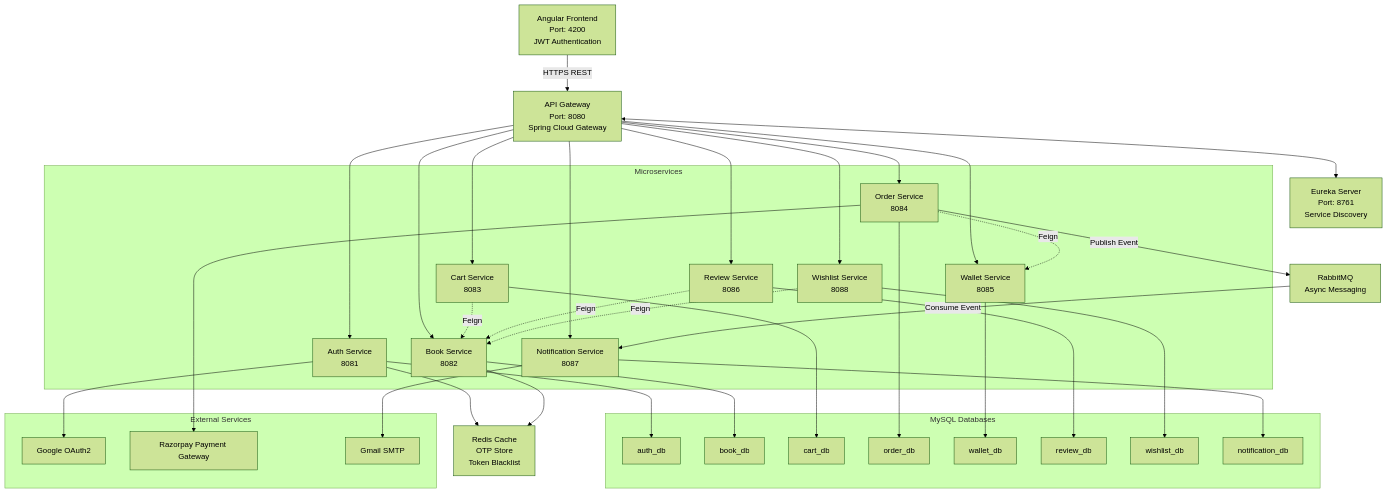
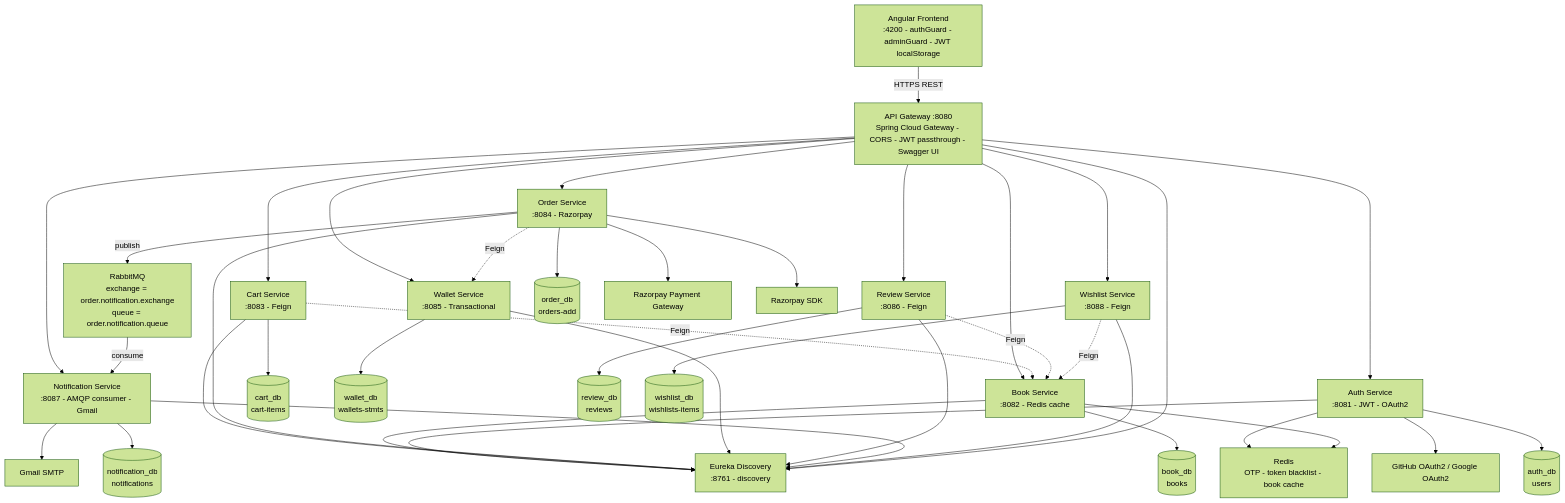
The diagram in README.md (aryannn03/2215000373), drawn with Mermaid (forest theme) before and after one commit. The commit also changed other lines of this file, not shown here.

````diff
--- a/README.md
+++ b/README.md
@@ -4,108 +20,101 @@
 flowchart TB
 
 %% ================= FRONTEND =================
-A["Angular Frontend<br/>Port: 4200<br/>JWT Authentication"]
+FE[Angular Frontend<br/>:4200 - authGuard - adminGuard - JWT localStorage]
 
-%% ================= API GATEWAY =================
-B["API Gateway<br/>Port: 8080<br/>Spring Cloud Gateway"]
+%% ================= GATEWAY =================
+GW[API Gateway :8080<br/>Spring Cloud Gateway - CORS - JWT passthrough - Swagger UI]
 
-%% ================= EUREKA =================
-C["Eureka Server<br/>Port: 8761<br/>Service Discovery"]
-
-A -->|HTTPS REST| B
-B <--> C
+%% ================= DISCOVERY =================
+EU[Eureka Discovery<br/>:8761 - discovery]
 
 %% ================= MICROSERVICES =================
-subgraph SERVICES [Microservices]
+AUTH[Auth Service<br/>:8081 - JWT - OAuth2]
+BOOK[Book Service<br/>:8082 - Redis cache]
+CART[Cart Service<br/>:8083 - Feign]
+ORDER[Order Service<br/>:8084 - Razorpay]
+WALLET[Wallet Service<br/>:8085 - Transactional]
+REVIEW[Review Service<br/>:8086 - Feign]
+NOTIF[Notification Service<br/>:8087 - AMQP consumer - Gmail]
+WISH[Wishlist Service<br/>:8088 - Feign]
 
-D["Auth Service<br/>8081"]
+%% ================= MESSAGE BROKER =================
+RABBIT[RabbitMQ<br/>exchange = order.notification.exchange<br/>queue = order.notification.queue]
 
-E["Book Service<br/>8082"]
+%% ================= CACHE =================
+REDIS[Redis<br/>OTP - token blacklist - book cache]
 
-F["Cart Service<br/>8083"]
+%% ================= DATABASES =================
+AUTHDB[(auth_db<br/>users)]
+BOOKDB[(book_db<br/>books)]
+CARTDB[(cart_db<br/>cart-items)]
+ORDERDB[(order_db<br/>orders-add)]
+WALLETDB[(wallet_db<br/>wallets-stmts)]
+REVIEWDB[(review_db<br/>reviews)]
+WISHDB[(wishlist_db<br/>wishlists-items)]
+NOTIFDB[(notification_db<br/>notifications)]
 
-G["Order Service<br/>8084"]
+%% ================= EXTERNAL SERVICES =================
+GOOGLE[GitHub OAuth2 / Google OAuth2]
+RAZOR[Razorpay Payment Gateway]
+SMTP[Gmail SMTP]
+SDK[Razorpay SDK]
 
-H["Wallet Service<br/>8085"]
+%% ================= CONNECTIONS =================
 
-I["Review Service<br/>8086"]
+FE -->|HTTPS REST| GW
 
-J["Notification Service<br/>8087"]
+GW --> AUTH
+GW --> BOOK
+GW --> CART
+GW --> ORDER
+GW --> WALLET
+GW --> REVIEW
+GW --> NOTIF
+GW --> WISH
 
-K["Wishlist Service<br/>8088"]
+AUTH --> EU
+BOOK --> EU
+CART --> EU
+ORDER --> EU
+WALLET --> EU
+REVIEW --> EU
+NOTIF --> EU
+WISH --> EU
+GW --> EU
 
-end
+%% ================= DATABASE CONNECTIONS =================
 
-%% ================= GATEWAY ROUTING =================
-B --> D
-B --> E
-B --> F
-B --> G
-B --> H
-B --> I
-B --> J
-B --> K
+AUTH --> AUTHDB
+BOOK --> BOOKDB
+CART --> CARTDB
+ORDER --> ORDERDB
+WALLET --> WALLETDB
+REVIEW --> REVIEWDB
+WISH --> WISHDB
+NOTIF --> NOTIFDB
 
-%% ================= INTER SERVICE COMMUNICATION =================
-F -.->|Feign| E
-G -.->|Feign| H
-I -.->|Feign| E
-K -.->|Feign| E
+%% ================= REDIS =================
+
+AUTH --> REDIS
+BOOK --> REDIS
+
+%% ================= FEIGN =================
+
+CART -. Feign .-> BOOK
+REVIEW -. Feign .-> BOOK
+WISH -. Feign .-> BOOK
+ORDER -. Feign .-> WALLET
 
 %% ================= RABBITMQ =================
-L["RabbitMQ<br/>Async Messaging"]
 
-G -->|Publish Event| L
-L -->|Consume Event| J
-
-%% ================= REDIS =================
-M["Redis Cache<br/>OTP Store<br/>Token Blacklist"]
-
-D --> M
-E --> M
-
-%% ================= DATABASES =================
-subgraph DATABASES [MySQL Databases]
-
-N["auth_db"]
-
-O["book_db"]
-
-P["cart_db"]
-
-Q["order_db"]
-
-R["wallet_db"]
-
-S["review_db"]
-
-T["wishlist_db"]
-
-U["notification_db"]
-
-end
-
-D --> N
-E --> O
-F --> P
-G --> Q
-H --> R
-I --> S
-K --> T
-J --> U
+ORDER -->|publish| RABBIT
+RABBIT -->|consume| NOTIF
 
 %% ================= EXTERNAL SERVICES =================
-subgraph EXTERNALS [External Services]
 
-V["Google OAuth2"]
-
-W["Razorpay Payment Gateway"]
-
-X["Gmail SMTP"]
-
-end
-
-D --> V
-G --> W
-J --> X
+AUTH --> GOOGLE
+ORDER --> RAZOR
+ORDER --> SDK
+NOTIF --> SMTP
 ```
````
